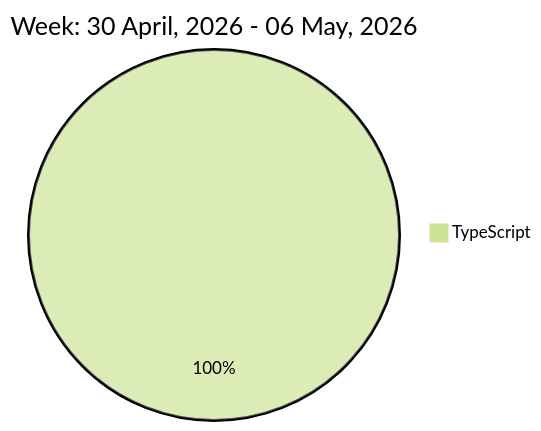
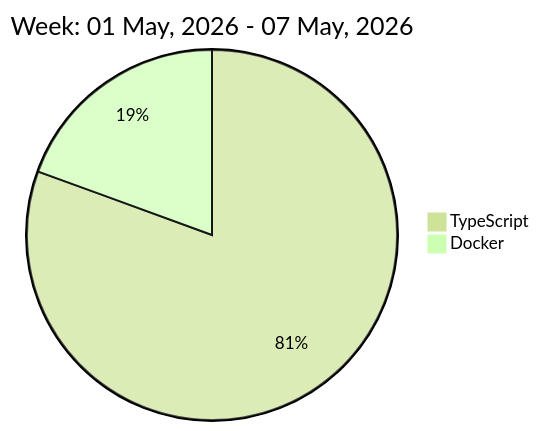
One commit to liubin95/liubin95 changed the diagram in README.md. Above: the diagram before and after it, drawn with Mermaid (forest theme).

Commit message:
Updated the Graph with new Metrics

````diff
--- a/README.md
+++ b/README.md
@@ -32,5 +32,6 @@
 ```mermaid
  pie
-title Week: 30 April, 2026 - 06 May, 2026
- "TypeScript" : 4.08
+title Week: 01 May, 2026 - 07 May, 2026
+ "TypeScript" : 5.1
+ "Docker" : 1.23
 ```
````
